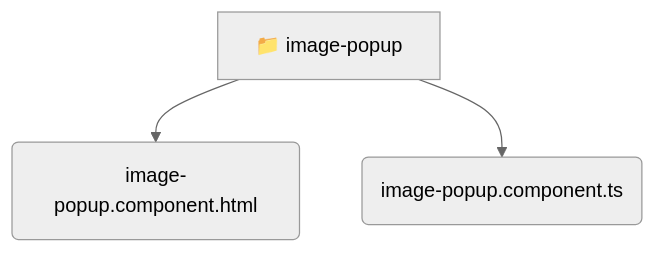
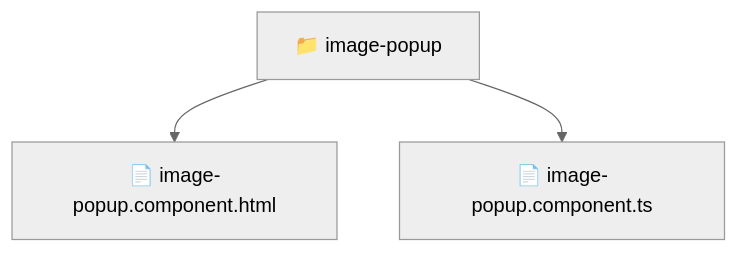
One commit to beginwebdev2002/fullstack-mavluda changed the diagram in frontend/src/shared/ui/image-popup/README.md. Above: the diagram before and after it, drawn with Mermaid (neutral theme). The commit also changed other lines of this file and 163 other files, not shown here.

````diff
--- a/frontend/src/shared/ui/image-popup/README.md
+++ b/frontend/src/shared/ui/image-popup/README.md
@@ -11,6 +10,6 @@
 ```mermaid
 graph TD
-  image_popup[📁 image-popup]
-  image_popup --> image_popup_image_popup_component_html(image-popup.component.html)
-  image_popup --> image_popup_image_popup_component_ts(image-popup.component.ts)
+  Root["📁 image-popup"]
+  Root --> imagepopupcomponenthtml["📄 image-popup.component.html"]
+  Root --> imagepopupcomponentts["📄 image-popup.component.ts"]
 ```
````
